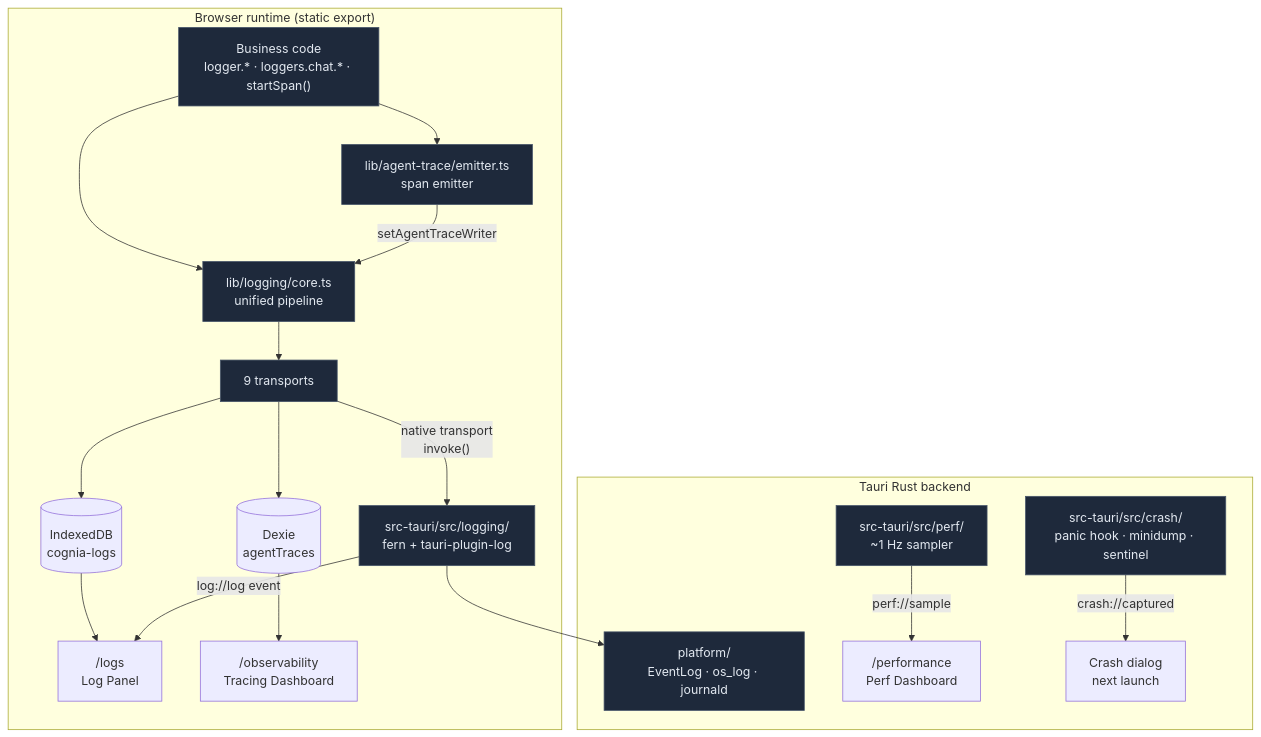
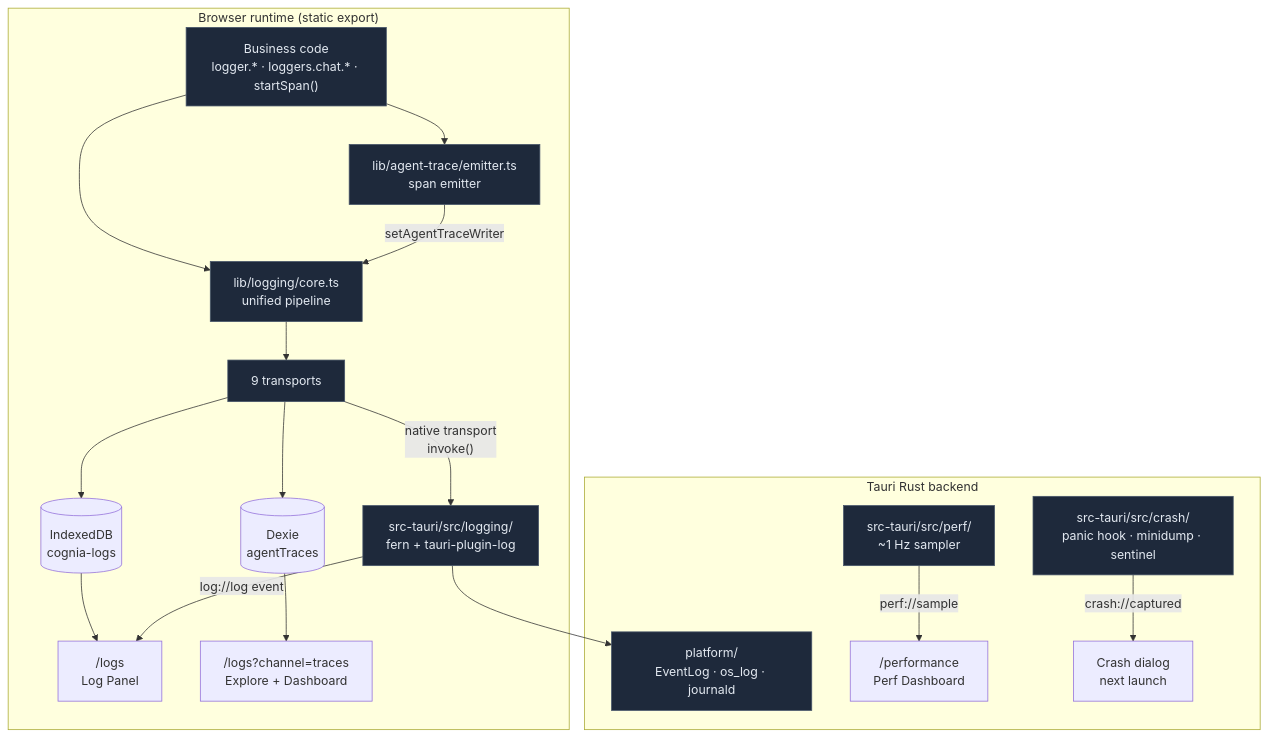
The diagram in docs/content/docs/en/subsystems/observability/index.mdx (MaxQian888/cognia-next), drawn with Mermaid before and after one commit. The commit also changed other lines of this file and 33 other files, not shown here.

````diff
--- a/docs/content/docs/en/subsystems/observability/index.mdx
+++ b/docs/content/docs/en/subsystems/observability/index.mdx
@@ -55,29 +56,29 @@
 ```mermaid
 flowchart TB
   subgraph Browser["Browser runtime (static export)"]
     Code["Business code<br/>logger.* · loggers.chat.* · startSpan()"]
     Pipe["lib/logging/core.ts<br/>unified pipeline"]
     Emit["lib/agent-trace/emitter.ts<br/>span emitter"]
     Code --> Pipe
     Code --> Emit
     Pipe --> Tn["9 transports"]
     Emit -->|"setAgentTraceWriter"| Pipe
     Tn --> IDB[("IndexedDB<br/>cognia-logs")]
     Tn --> Dexie[("Dexie<br/>agentTraces")]
     IDB --> Logs["/logs<br/>Log Panel"]
-    Dexie --> Obs["/observability<br/>Tracing Dashboard"]
+    Dexie --> Obs["/logs?channel=traces<br/>Explore + Dashboard"]
     Tn -->|"native transport<br/>invoke()"| RustIn
   end
   subgraph Rust["Tauri Rust backend"]
     RustIn["src-tauri/src/logging/<br/>fern + tauri-plugin-log"]
     RustIn --> OS["platform/<br/>EventLog · os_log · journald"]
     RustIn -->|"log://log event"| Logs
     Perf["src-tauri/src/perf/<br/>~1 Hz sampler"]
     Perf -->|"perf://sample"| PerfUI["/performance<br/>Perf Dashboard"]
     Crash["src-tauri/src/crash/<br/>panic hook · minidump · sentinel"]
     Crash -->|"crash://captured"| Dialog["Crash dialog<br/>next launch"]
   end
 
   classDef box fill:#1e293b,stroke:#475569,color:#e2e8f0
   class Code,Pipe,Emit,Tn,RustIn,OS,Perf,Crash box
 ```
````
